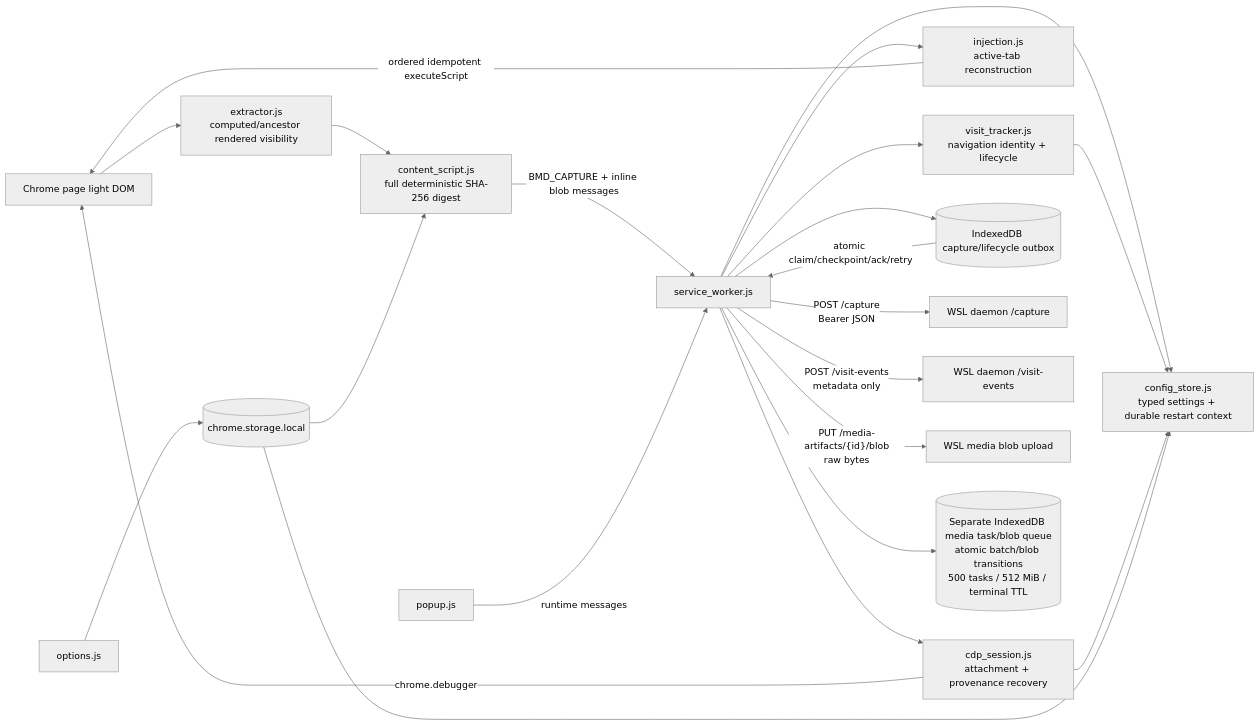
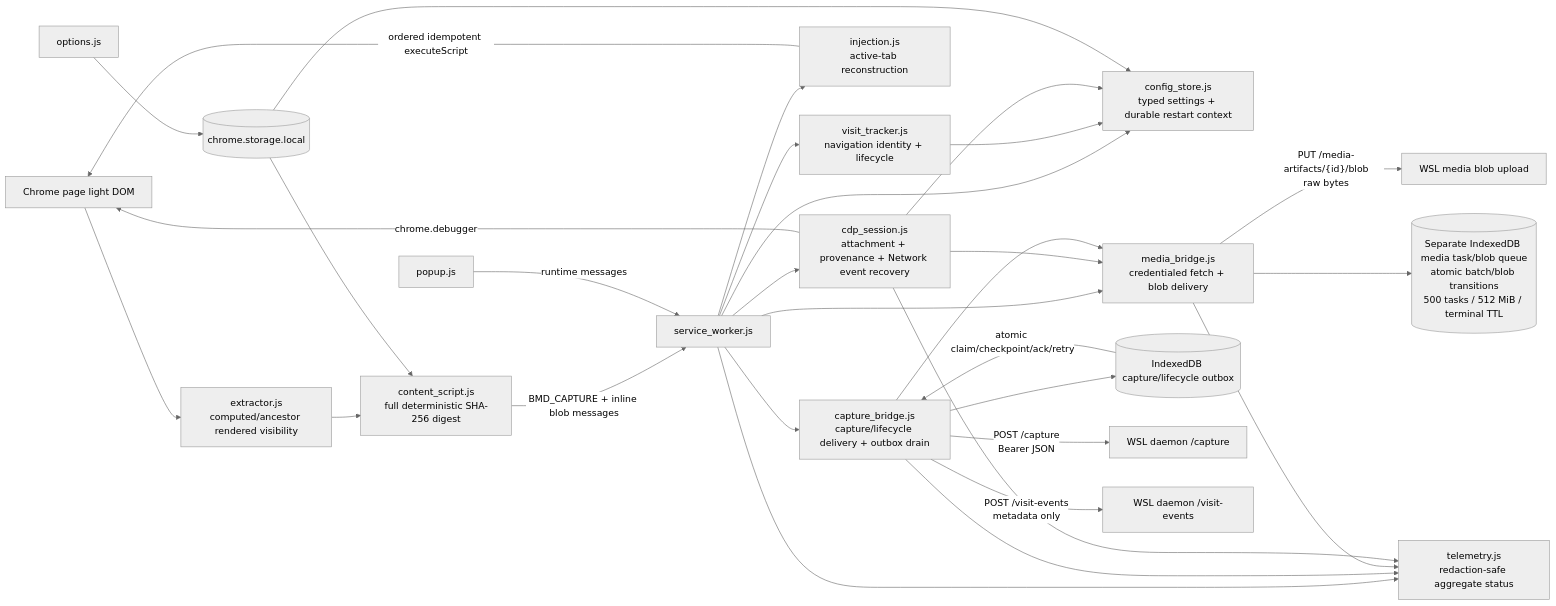
One commit to michaelnicks0/browser-memory-daemon changed the first of 8 diagrams in docs/DIAGRAMS.md. Above: the diagram before and after it, drawn with Mermaid (neutral theme). The commit also changed 184 other files, not shown here.

Commit message:
refactor(extension): split service-worker orchestration modules

````diff
--- a/docs/DIAGRAMS.md
+++ b/docs/DIAGRAMS.md
@@ -28,24 +28,32 @@
 ```mermaid
 flowchart LR
   Page["Chrome page light DOM"] --> Extractor["extractor.js<br/>computed/ancestor rendered visibility"]
   Extractor --> Content["content_script.js<br/>full deterministic SHA-256 digest"]
   Content -->|"BMD_CAPTURE + inline blob messages"| ServiceWorker["service_worker.js"]
   ServiceWorker --> Config["config_store.js<br/>typed settings + durable restart context"]
   ServiceWorker --> Visit["visit_tracker.js<br/>navigation identity + lifecycle"]
   ServiceWorker --> Injection["injection.js<br/>active-tab reconstruction"]
-  ServiceWorker --> CDPSession["cdp_session.js<br/>attachment + provenance recovery"]
+  ServiceWorker --> CDPSession["cdp_session.js<br/>attachment + provenance + Network event recovery"]
+  ServiceWorker --> CaptureBridge["capture_bridge.js<br/>capture/lifecycle delivery + outbox drain"]
+  ServiceWorker --> MediaBridge["media_bridge.js<br/>credentialed fetch + blob delivery"]
+  ServiceWorker --> Telemetry["telemetry.js<br/>redaction-safe aggregate status"]
   Injection -->|"ordered idempotent executeScript"| Page
   Visit --> Config
   CDPSession --> Config
   CDPSession -->|"chrome.debugger"| Page
-  ServiceWorker --> Outbox[("IndexedDB capture/lifecycle outbox")]
-  Outbox -->|"atomic claim/checkpoint/ack/retry"| ServiceWorker
-  ServiceWorker -->|"POST /capture<br/>Bearer JSON"| DaemonCapture["WSL daemon /capture"]
-  ServiceWorker -->|"POST /visit-events<br/>metadata only"| DaemonVisit["WSL daemon /visit-events"]
-  ServiceWorker -->|"PUT /media-artifacts/{id}/blob<br/>raw bytes"| DaemonMedia["WSL media blob upload"]
-  ServiceWorker --> MediaIDB[("Separate IndexedDB media task/blob queue<br/>atomic batch/blob transitions<br/>500 tasks / 512 MiB / terminal TTL")]
+  CDPSession --> MediaBridge
+  CaptureBridge --> Outbox[("IndexedDB capture/lifecycle outbox")]
+  Outbox -->|"atomic claim/checkpoint/ack/retry"| CaptureBridge
+  CaptureBridge -->|"POST /capture<br/>Bearer JSON"| DaemonCapture["WSL daemon /capture"]
+  CaptureBridge -->|"POST /visit-events<br/>metadata only"| DaemonVisit["WSL daemon /visit-events"]
+  CaptureBridge --> MediaBridge
+  MediaBridge -->|"PUT /media-artifacts/{id}/blob<br/>raw bytes"| DaemonMedia["WSL media blob upload"]
+  MediaBridge --> MediaIDB[("Separate IndexedDB media task/blob queue<br/>atomic batch/blob transitions<br/>500 tasks / 512 MiB / terminal TTL")]
+  CaptureBridge --> Telemetry
+  MediaBridge --> Telemetry
+  CDPSession --> Telemetry
   Popup["popup.js"] -->|"runtime messages"| ServiceWorker
   Options["options.js"] --> Storage[("chrome.storage.local")]
   Storage --> Content
   Storage --> Config
 ```
````
